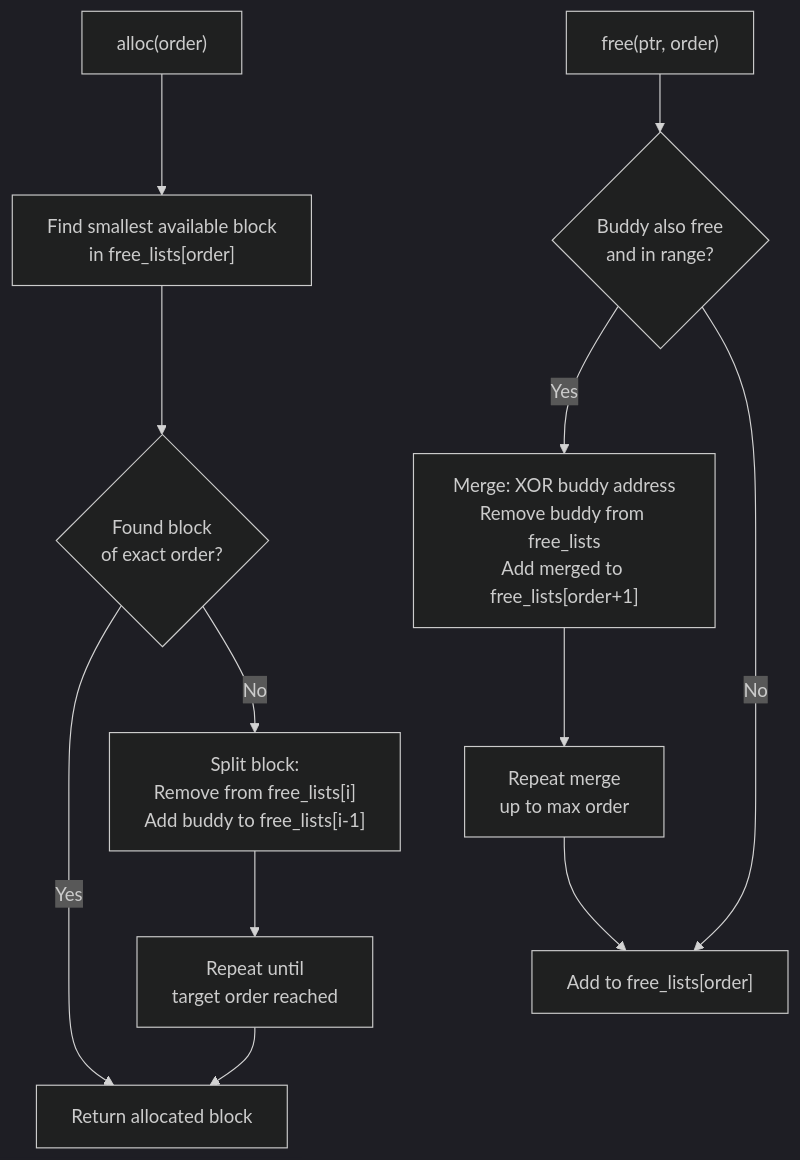
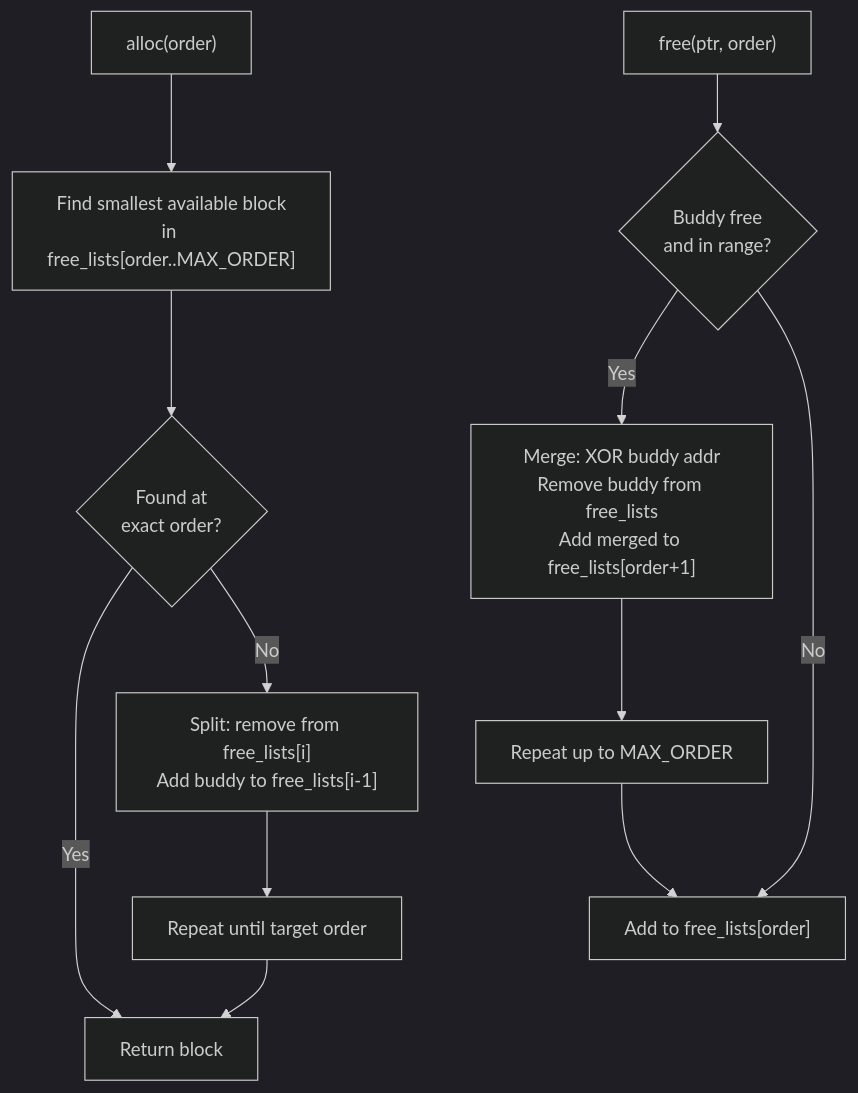
The fourth of 8 diagrams in Docs/Domains/memory-management-guide.md (KitsuneBSD/FKernel), drawn with Mermaid (dark theme) before and after one commit. The commit also changed other lines of this file and 15 other files, not shown here.

Commit message:
docs: update TODO.md and architecture documentation for session 12

````diff
--- a/Docs/Domains/memory-management-guide.md
+++ b/Docs/Domains/memory-management-guide.md
@@ -106,23 +126,23 @@
 ```mermaid
 flowchart TD
     ALLOC["alloc(order)"]
-    FIND["Find smallest available block<br/>in free_lists[order]"]
-    FOUND{Found block<br/>of exact order?}
-    SPLIT["Split block:<br/>Remove from free_lists[i]<br/>Add buddy to free_lists[i-1]"]
-    SPLIT_LOOP["Repeat until<br/>target order reached"]
-    RETURN["Return allocated block"]
+    FIND["Find smallest available block<br/>in free_lists[order..MAX_ORDER]"]
+    FOUND{Found at<br/>exact order?}
+    SPLIT["Split: remove from free_lists[i]<br/>Add buddy to free_lists[i-1]"]
+    SPLIT_LOOP["Repeat until target order"]
+    RETURN["Return block"]
 
     ALLOC --> FIND --> FOUND
     FOUND -->|Yes| RETURN
     FOUND -->|No| SPLIT --> SPLIT_LOOP --> RETURN
 
     FREE["free(ptr, order)"]
-    CHECK{"Buddy also free<br/>and in range?"}
-    MERGE["Merge: XOR buddy address<br/>Remove buddy from free_lists<br/>Add merged to free_lists[order+1]"]
-    LOOP["Repeat merge<br/>up to max order"]
+    CHECK{"Buddy free<br/>and in range?"}
+    MERGE["Merge: XOR buddy addr<br/>Remove buddy from free_lists<br/>Add merged to free_lists[order+1]"]
+    LOOP["Repeat up to MAX_ORDER"]
     ADD["Add to free_lists[order]"]
 
     FREE --> CHECK
     CHECK -->|Yes| MERGE --> LOOP --> ADD
     CHECK -->|No| ADD
 ```
````
